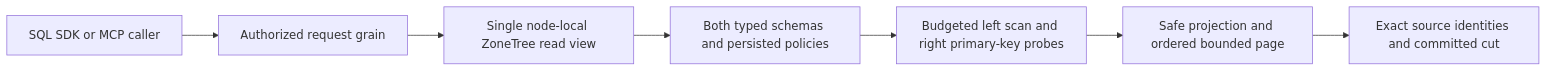
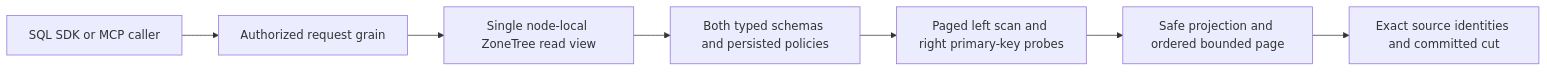
Before and after one commit to managedcode/KeyLoad: the first of 2 diagrams in docs/ADR/ADR-118-bounded-relational-inner-join.md, drawn with Mermaid. The commit also changed other lines of this file and 673 other files, not shown here.

````diff
--- a/docs/ADR/ADR-118-bounded-relational-inner-join.md
+++ b/docs/ADR/ADR-118-bounded-relational-inner-join.md
@@ -9,9 +9,9 @@
 ```mermaid
 flowchart LR
     Caller[SQL SDK or MCP caller] --> Request[Authorized request grain]
     Request --> View[Single node-local ZoneTree read view]
     View --> Policy[Both typed schemas and persisted policies]
-    Policy --> Work[Budgeted left scan and right primary-key probes]
+    Policy --> Work[Paged left scan and right primary-key probes]
     Work --> Page[Safe projection and ordered bounded page]
     Page --> Result[Exact source identities and committed cut]
 ```
````
